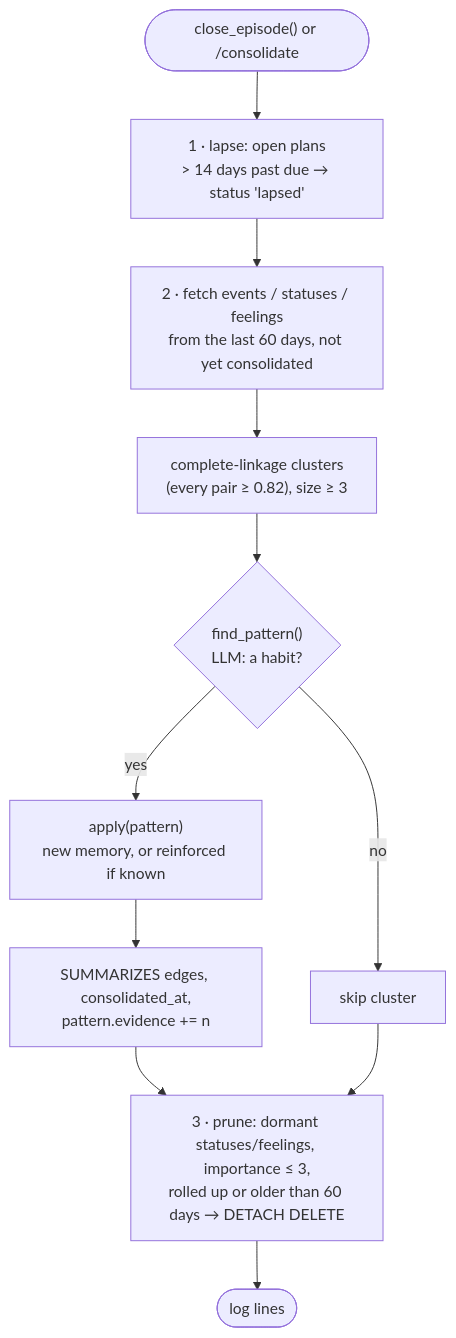
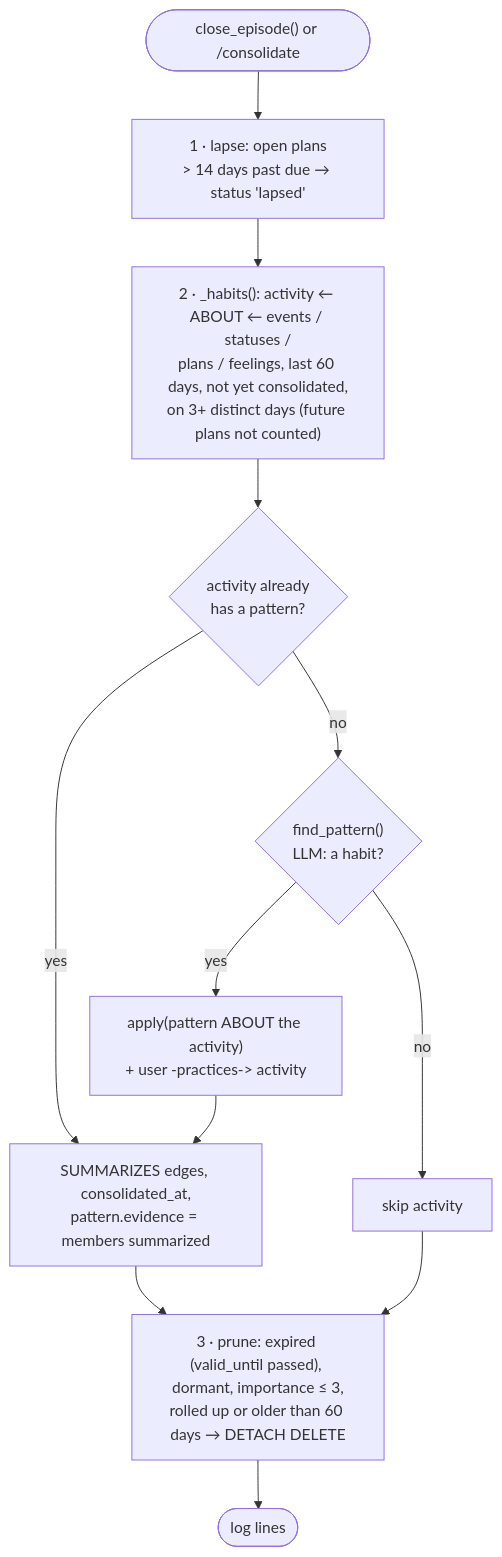
One commit to theRealMarkCastillo/neo4j-graph-tutorial changed diagram 18 of 25 in docs/architecture.md. Above: the diagram before and after it, drawn with Mermaid. The commit also changed other lines of this file and 9 other files, not shown here.

````diff
--- a/docs/architecture.md
+++ b/docs/architecture.md
@@ -663,14 +663,15 @@
 ```mermaid
 flowchart TD
     start(["close_episode() or /consolidate"]) --> lapse["1 · lapse: open plans<br/>> 14 days past due → status 'lapsed'"]
-    lapse --> fetch["2 · fetch events / statuses / feelings<br/>from the last 60 days, not yet consolidated"]
-    fetch --> cluster["complete-linkage clusters<br/>(every pair ≥ 0.82), size ≥ 3"]
-    cluster --> writer{"find_pattern()<br/>LLM: a habit?"}
-    writer -- no --> next["skip cluster"]
-    writer -- yes --> apply["apply(pattern)<br/>new memory, or reinforced if known"]
-    apply --> link["SUMMARIZES edges, consolidated_at,<br/>pattern.evidence += n"]
+    lapse --> habits["2 · _habits(): activity ← ABOUT ← events / statuses /<br/>plans / feelings, last 60 days, not yet consolidated,<br/>on 3+ distinct days (future plans not counted)"]
+    habits --> known{"activity already<br/>has a pattern?"}
+    known -- yes --> link
+    known -- no --> writer{"find_pattern()<br/>LLM: a habit?"}
+    writer -- no --> next["skip activity"]
+    writer -- yes --> apply["apply(pattern ABOUT the activity)<br/>+ user -practices-> activity"]
+    apply --> link["SUMMARIZES edges, consolidated_at,<br/>pattern.evidence = members summarized"]
     link --> prune
     next --> prune
-    prune["3 · prune: dormant statuses/feelings, importance ≤ 3,<br/>rolled up or older than 60 days → DETACH DELETE"]
+    prune["3 · prune: expired (valid_until passed), dormant, importance ≤ 3,<br/>rolled up or older than 60 days → DETACH DELETE"]
     prune --> done([log lines])
 ```
````
